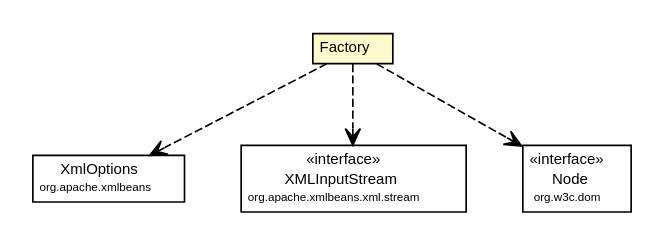
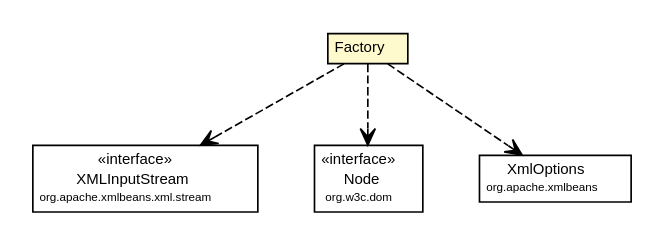
The diagram in site/apidocs/org/synchronoss/cpo/util/cpoUtilConfig/CtProtectedClasses.Factory.dot (synchronoss/cpo-util), drawn with Graphviz before and after one commit. The commit also changed 300 other files, not shown here.

Commit message:
Creating site for cpoUtil, 5.1.1-SNAPSHOT

```diff
--- a/site/apidocs/org/synchronoss/cpo/util/cpoUtilConfig/CtProtectedClasses.Factory.dot
+++ b/site/apidocs/org/synchronoss/cpo/util/cpoUtilConfig/CtProtectedClasses.Factory.dot
@@ -1,45 +1,45 @@
 #!/usr/local/bin/dot
 #
 # Class diagram 
 # Generated by UmlGraph version 4.6 (http://www.spinellis.gr/sw/umlgraph)
 #
 
 digraph G {
 	edge [fontname="Helvetica",fontsize=10,labelfontname="Helvetica",labelfontsize=10];
 	node [fontname="Helvetica",fontsize=10,shape=plaintext];
 	// org.synchronoss.cpo.util.cpoUtilConfig.CtProtectedClasses.Factory
 	c5294 [label=<<table border="0" cellborder="1" cellspacing="0" cellpadding="2" port="p" bgcolor="lemonChiffon" href="./CtProtectedClasses.Factory.html">
 		<tr><td><table border="0" cellspacing="0" cellpadding="1">
 			<tr><td> Factory </td></tr>
 		</table></td></tr>
 		</table>>, fontname="Helvetica", fontcolor="black", fontsize=9.0];
+	// org.synchronoss.cpo.util.cpoUtilConfig.CtProtectedClasses.Factory DEPEND org.apache.xmlbeans.xml.stream.XMLInputStream
+	c5294:p -> c5303:p [taillabel="", label="", headlabel="", fontname="Helvetica", fontcolor="black", fontsize=10.0, color="black", arrowhead=open, style=dashed];
+	// org.synchronoss.cpo.util.cpoUtilConfig.CtProtectedClasses.Factory DEPEND org.w3c.dom.Node
+	c5294:p -> c5304:p [taillabel="", label="", headlabel="", fontname="Helvetica", fontcolor="black", fontsize=10.0, color="black", arrowhead=open, style=dashed];
 	// org.synchronoss.cpo.util.cpoUtilConfig.CtProtectedClasses.Factory DEPEND org.apache.xmlbeans.XmlOptions
-	c5294:p -> c5303:p [taillabel="", label="", headlabel="", fontname="Helvetica", fontcolor="black", fontsize=10.0, color="black", arrowhead=open, style=dashed];
-	// org.synchronoss.cpo.util.cpoUtilConfig.CtProtectedClasses.Factory DEPEND org.apache.xmlbeans.xml.stream.XMLInputStream
-	c5294:p -> c5304:p [taillabel="", label="", headlabel="", fontname="Helvetica", fontcolor="black", fontsize=10.0, color="black", arrowhead=open, style=dashed];
-	// org.synchronoss.cpo.util.cpoUtilConfig.CtProtectedClasses.Factory DEPEND org.w3c.dom.Node
 	c5294:p -> c5305:p [taillabel="", label="", headlabel="", fontname="Helvetica", fontcolor="black", fontsize=10.0, color="black", arrowhead=open, style=dashed];
 	// org.apache.xmlbeans.xml.stream.XMLInputStream
-	c5304 [label=<<table border="0" cellborder="1" cellspacing="0" cellpadding="2" port="p" href="http://java.sun.com/j2se/1.4.2/docs/api/org/apache/xmlbeans/xml/stream/XMLInputStream.html">
+	c5303 [label=<<table border="0" cellborder="1" cellspacing="0" cellpadding="2" port="p" href="http://java.sun.com/j2se/1.4.2/docs/api/org/apache/xmlbeans/xml/stream/XMLInputStream.html">
 		<tr><td><table border="0" cellspacing="0" cellpadding="1">
 			<tr><td> &laquo;interface&raquo; </td></tr>
 			<tr><td> XMLInputStream </td></tr>
 			<tr><td><font point-size="7.0"> org.apache.xmlbeans.xml.stream </font></td></tr>
 		</table></td></tr>
 		</table>>, fontname="Helvetica", fontcolor="black", fontsize=9.0];
 	// org.w3c.dom.Node
-	c5305 [label=<<table border="0" cellborder="1" cellspacing="0" cellpadding="2" port="p" href="http://java.sun.com/j2se/1.4.2/docs/api/org/w3c/dom/Node.html">
+	c5304 [label=<<table border="0" cellborder="1" cellspacing="0" cellpadding="2" port="p" href="http://java.sun.com/j2se/1.4.2/docs/api/org/w3c/dom/Node.html">
 		<tr><td><table border="0" cellspacing="0" cellpadding="1">
 			<tr><td> &laquo;interface&raquo; </td></tr>
 			<tr><td> Node </td></tr>
 			<tr><td><font point-size="7.0"> org.w3c.dom </font></td></tr>
 		</table></td></tr>
 		</table>>, fontname="Helvetica", fontcolor="black", fontsize=9.0];
 	// org.apache.xmlbeans.XmlOptions
-	c5303 [label=<<table border="0" cellborder="1" cellspacing="0" cellpadding="2" port="p" href="http://java.sun.com/j2se/1.4.2/docs/api/org/apache/xmlbeans/XmlOptions.html">
+	c5305 [label=<<table border="0" cellborder="1" cellspacing="0" cellpadding="2" port="p" href="http://java.sun.com/j2se/1.4.2/docs/api/org/apache/xmlbeans/XmlOptions.html">
 		<tr><td><table border="0" cellspacing="0" cellpadding="1">
 			<tr><td> XmlOptions </td></tr>
 			<tr><td><font point-size="7.0"> org.apache.xmlbeans </font></td></tr>
 		</table></td></tr>
 		</table>>, fontname="Helvetica", fontcolor="black", fontsize=9.0];
 }
```
